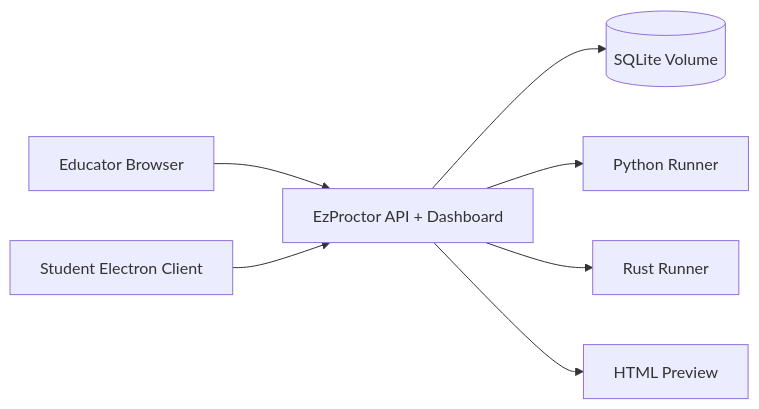
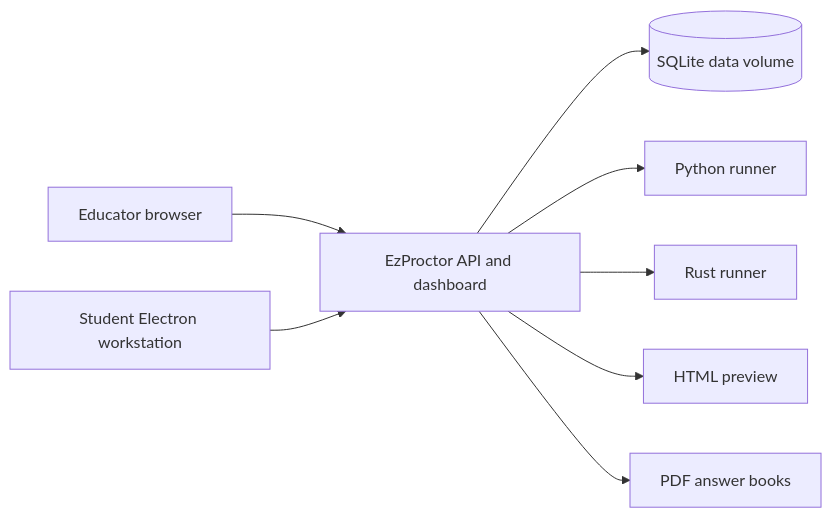
One commit to edutech-ET/EzProctor changed the diagram in README.md. Above: the diagram before and after it, drawn with Mermaid. The commit also changed other lines of this file and 10 other files, not shown here.

````diff
--- a/README.md
+++ b/README.md
@@ -69,9 +227,10 @@
 ```mermaid
 flowchart LR
-  Educator[Educator Browser] --> App[EzProctor API + Dashboard]
-  Student[Student Electron Client] --> App
-  App --> DB[(SQLite Volume)]
-  App --> Python[Python Runner]
-  App --> Rust[Rust Runner]
-  App --> HTML[HTML Preview]
+  Educator[Educator browser] --> App[EzProctor API and dashboard]
+  Student[Student Electron workstation] --> App
+  App --> DB[(SQLite data volume)]
+  App --> Python[Python runner]
+  App --> Rust[Rust runner]
+  App --> HTML[HTML preview]
+  App --> PDF[PDF answer books]
 ```
````
